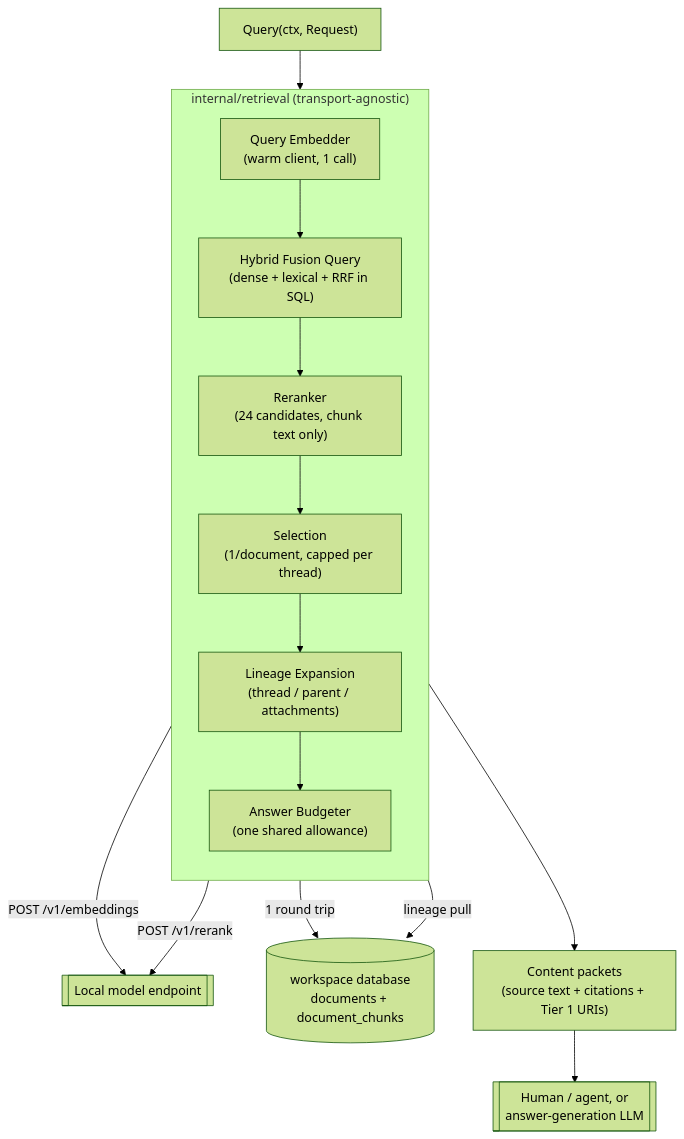
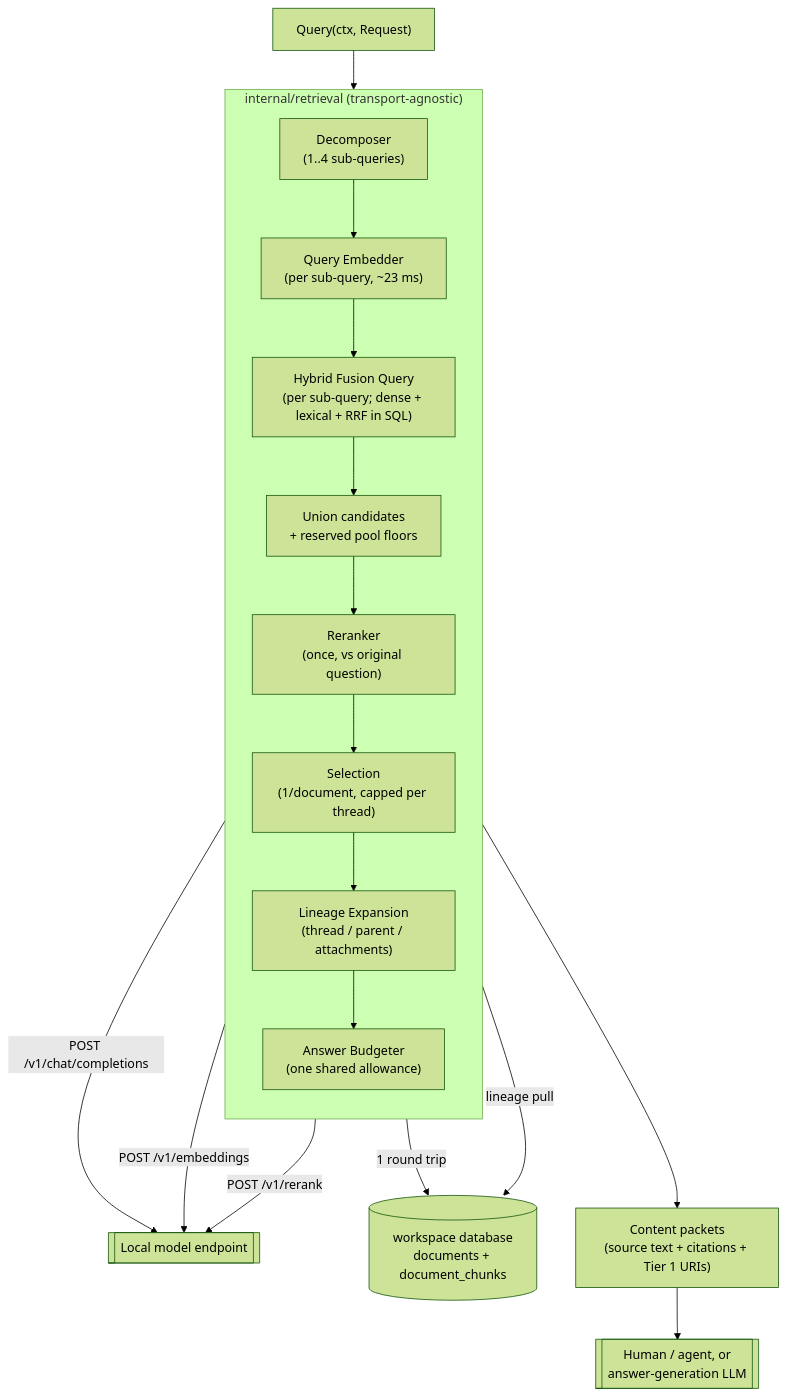
The diagram in docs/retrieval-design.md (suankan/pocket-advisor), drawn with Mermaid (forest theme) before and after one commit. The commit also changed other lines of this file, not shown here.

First line of the commit message:
retrieval-design 2.2.0: fix the inert lexical

````diff
--- a/docs/retrieval-design.md
+++ b/docs/retrieval-design.md
@@ -94,25 +111,28 @@
 ```mermaid
 flowchart TB
     Q["Query(ctx, Request)"] --> R
 
     subgraph R["internal/retrieval (transport-agnostic)"]
         direction TB
-        Embed["Query Embedder\n(warm client, 1 call)"]
-        Fuse["Hybrid Fusion Query\n(dense + lexical + RRF in SQL)"]
-        Rerank["Reranker\n(24 candidates, chunk text only)"]
+        Decomp["Decomposer\n(1..4 sub-queries)"]
+        Embed["Query Embedder\n(per sub-query, ~23 ms)"]
+        Fuse["Hybrid Fusion Query\n(per sub-query; dense + lexical + RRF in SQL)"]
+        Union["Union candidates\n+ reserved pool floors"]
+        Rerank["Reranker\n(once, vs original question)"]
         Select["Selection\n(1/document, capped per thread)"]
         Expand["Lineage Expansion\n(thread / parent / attachments)"]
         Budget["Answer Budgeter\n(one shared allowance)"]
 
-        Embed --> Fuse --> Rerank --> Select --> Expand --> Budget
+        Decomp --> Embed --> Fuse --> Union --> Rerank --> Select --> Expand --> Budget
     end
 
-    Embed -- "POST /v1/embeddings" --> Models[["Local model endpoint"]]
+    Decomp -- "POST /v1/chat/completions" --> Models[["Local model endpoint"]]
+    Embed -- "POST /v1/embeddings" --> Models
     Rerank -- "POST /v1/rerank" --> Models
 
     Fuse -- "1 round trip" --> PG[("workspace database\ndocuments + document_chunks")]
     Expand -- "lineage pull" --> PG
 
     Budget --> Packets["Content packets\n(source text + citations + Tier 1 URIs)"]
     Packets --> Consumer[["Human / agent, or\nanswer-generation LLM"]]
 ```
````
